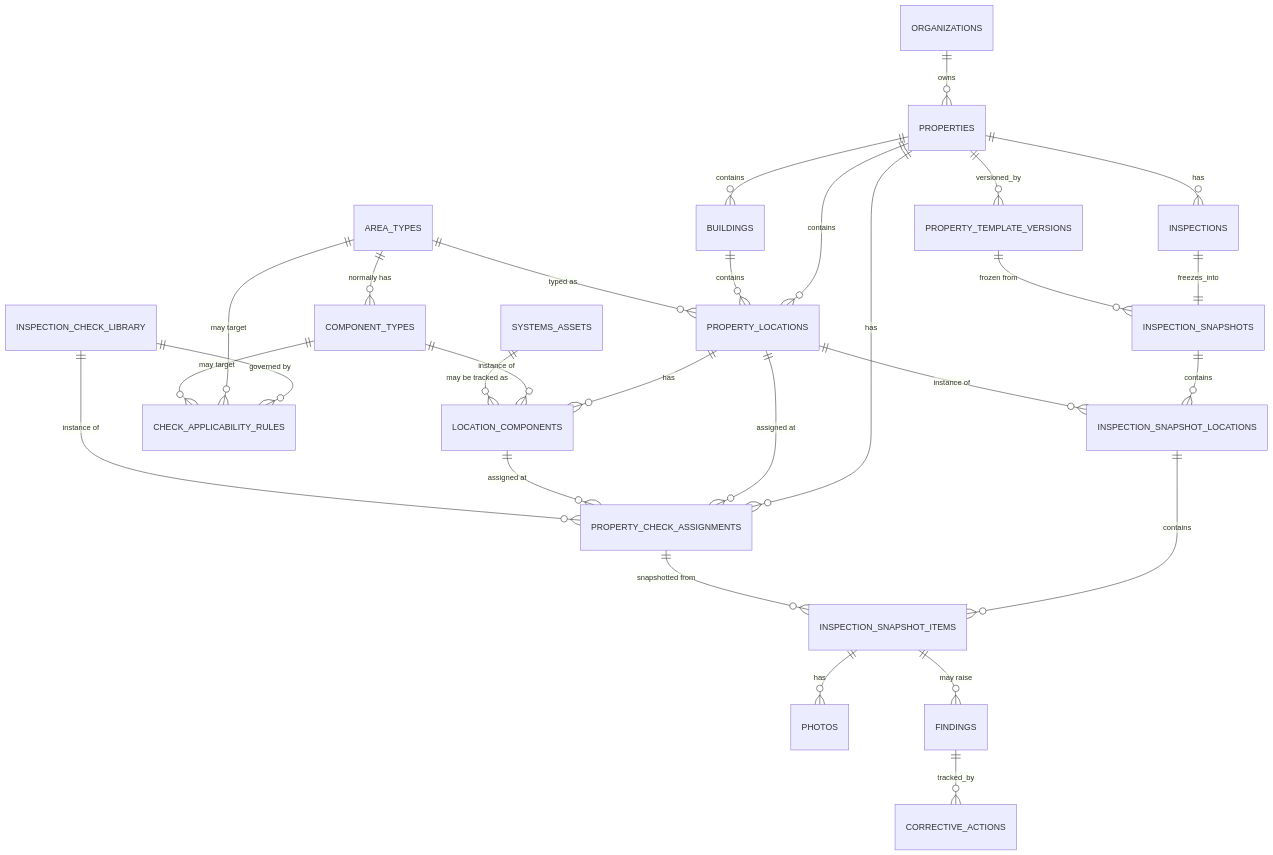
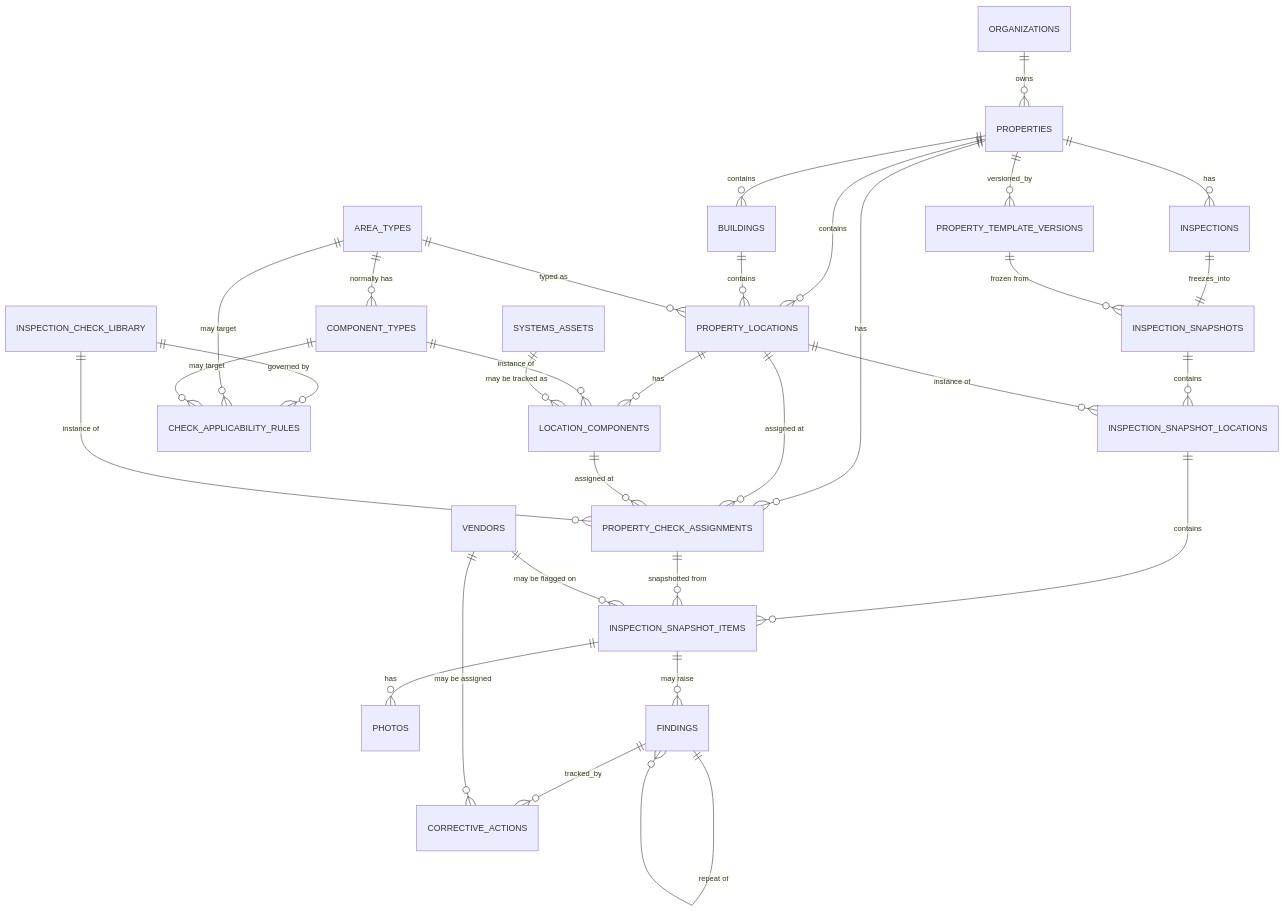
The diagram in DATABASE_SCHEMA.md (levanis-design/capex-inspection-pro), drawn with Mermaid before and after one commit. The commit also changed other lines of this file and 106 other files, not shown here.

````diff
--- a/DATABASE_SCHEMA.md
+++ b/DATABASE_SCHEMA.md
@@ -233,30 +298,33 @@
 ```mermaid
 erDiagram
     ORGANIZATIONS ||--o{ PROPERTIES : owns
     PROPERTIES ||--o{ BUILDINGS : contains
     PROPERTIES ||--o{ PROPERTY_LOCATIONS : contains
     BUILDINGS ||--o{ PROPERTY_LOCATIONS : contains
     AREA_TYPES ||--o{ PROPERTY_LOCATIONS : "typed as"
     AREA_TYPES ||--o{ COMPONENT_TYPES : "normally has"
     PROPERTY_LOCATIONS ||--o{ LOCATION_COMPONENTS : has
     COMPONENT_TYPES ||--o{ LOCATION_COMPONENTS : "instance of"
     SYSTEMS_ASSETS ||--o{ LOCATION_COMPONENTS : "may be tracked as"
     INSPECTION_CHECK_LIBRARY ||--o{ CHECK_APPLICABILITY_RULES : "governed by"
     AREA_TYPES ||--o{ CHECK_APPLICABILITY_RULES : "may target"
     COMPONENT_TYPES ||--o{ CHECK_APPLICABILITY_RULES : "may target"
     PROPERTIES ||--o{ PROPERTY_CHECK_ASSIGNMENTS : has
     PROPERTY_LOCATIONS ||--o{ PROPERTY_CHECK_ASSIGNMENTS : "assigned at"
     LOCATION_COMPONENTS ||--o{ PROPERTY_CHECK_ASSIGNMENTS : "assigned at"
     INSPECTION_CHECK_LIBRARY ||--o{ PROPERTY_CHECK_ASSIGNMENTS : "instance of"
     PROPERTIES ||--o{ PROPERTY_TEMPLATE_VERSIONS : versioned_by
     PROPERTIES ||--o{ INSPECTIONS : has
     INSPECTIONS ||--|| INSPECTION_SNAPSHOTS : freezes_into
     PROPERTY_TEMPLATE_VERSIONS ||--o{ INSPECTION_SNAPSHOTS : "frozen from"
     INSPECTION_SNAPSHOTS ||--o{ INSPECTION_SNAPSHOT_LOCATIONS : contains
     PROPERTY_LOCATIONS ||--o{ INSPECTION_SNAPSHOT_LOCATIONS : "instance of"
     INSPECTION_SNAPSHOT_LOCATIONS ||--o{ INSPECTION_SNAPSHOT_ITEMS : contains
     PROPERTY_CHECK_ASSIGNMENTS ||--o{ INSPECTION_SNAPSHOT_ITEMS : "snapshotted from"
     INSPECTION_SNAPSHOT_ITEMS ||--o{ PHOTOS : has
     INSPECTION_SNAPSHOT_ITEMS ||--o{ FINDINGS : "may raise"
     FINDINGS ||--o{ CORRECTIVE_ACTIONS : tracked_by
+    VENDORS ||--o{ CORRECTIVE_ACTIONS : "may be assigned"
+    VENDORS ||--o{ INSPECTION_SNAPSHOT_ITEMS : "may be flagged on"
+    FINDINGS ||--o{ FINDINGS : "repeat of"
 ```
````
